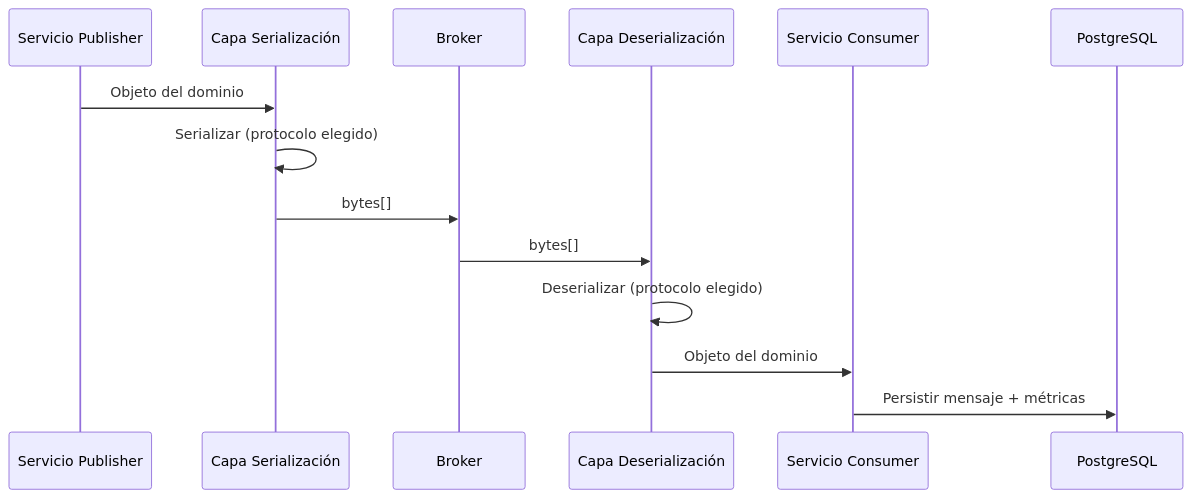
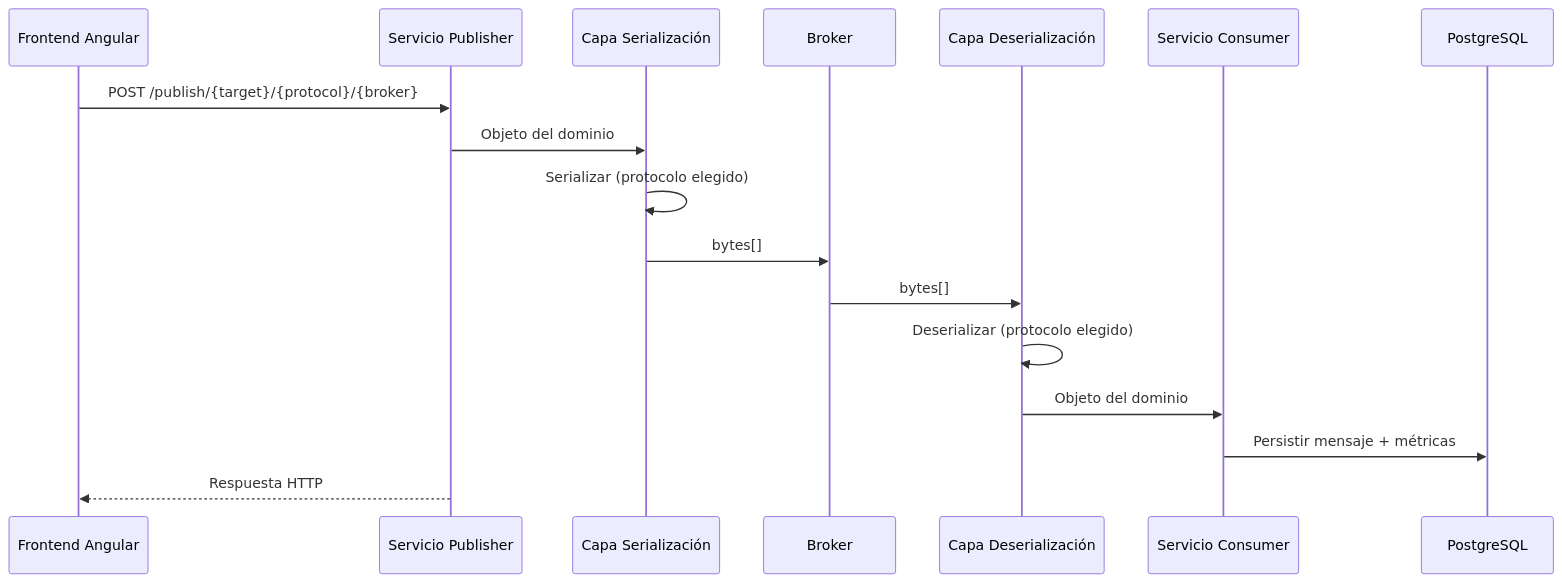
The second of 4 diagrams in README.md (monghithub/serialplab), drawn with Mermaid before and after one commit. The commit also changed other lines of this file and 24 other files, not shown here.

First line of the commit message:
Añadir frontend Angular y migrar puertos a rango 11xxx

````diff
--- a/README.md
+++ b/README.md
@@ -43,17 +46,20 @@
 ```mermaid
 sequenceDiagram
+    participant FE as Frontend Angular
     participant P as Servicio Publisher
     participant S as Capa Serialización
     participant B as Broker
     participant D as Capa Deserialización
     participant C as Servicio Consumer
     participant DB as PostgreSQL
 
+    FE->>P: POST /publish/{target}/{protocol}/{broker}
     P->>S: Objeto del dominio
     S->>S: Serializar (protocolo elegido)
     S->>B: bytes[]
     B->>D: bytes[]
     D->>D: Deserializar (protocolo elegido)
     D->>C: Objeto del dominio
     C->>DB: Persistir mensaje + métricas
+    P-->>FE: Respuesta HTTP
 ```
````
